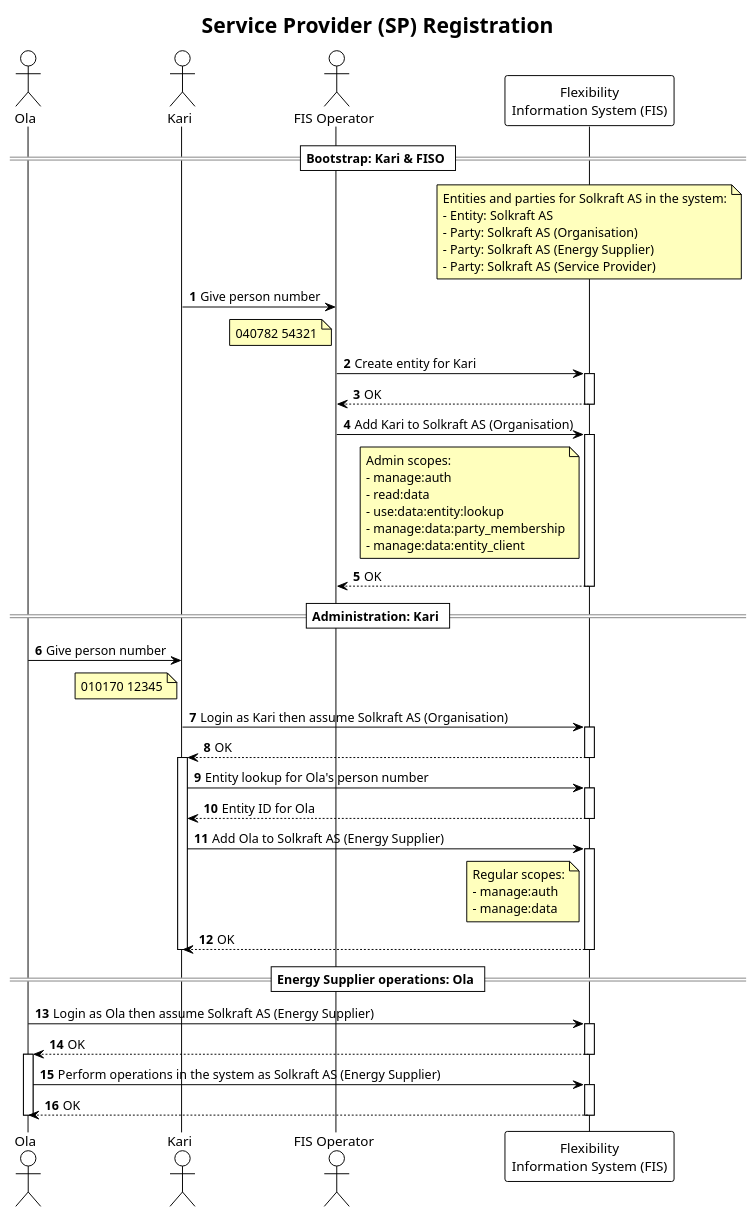
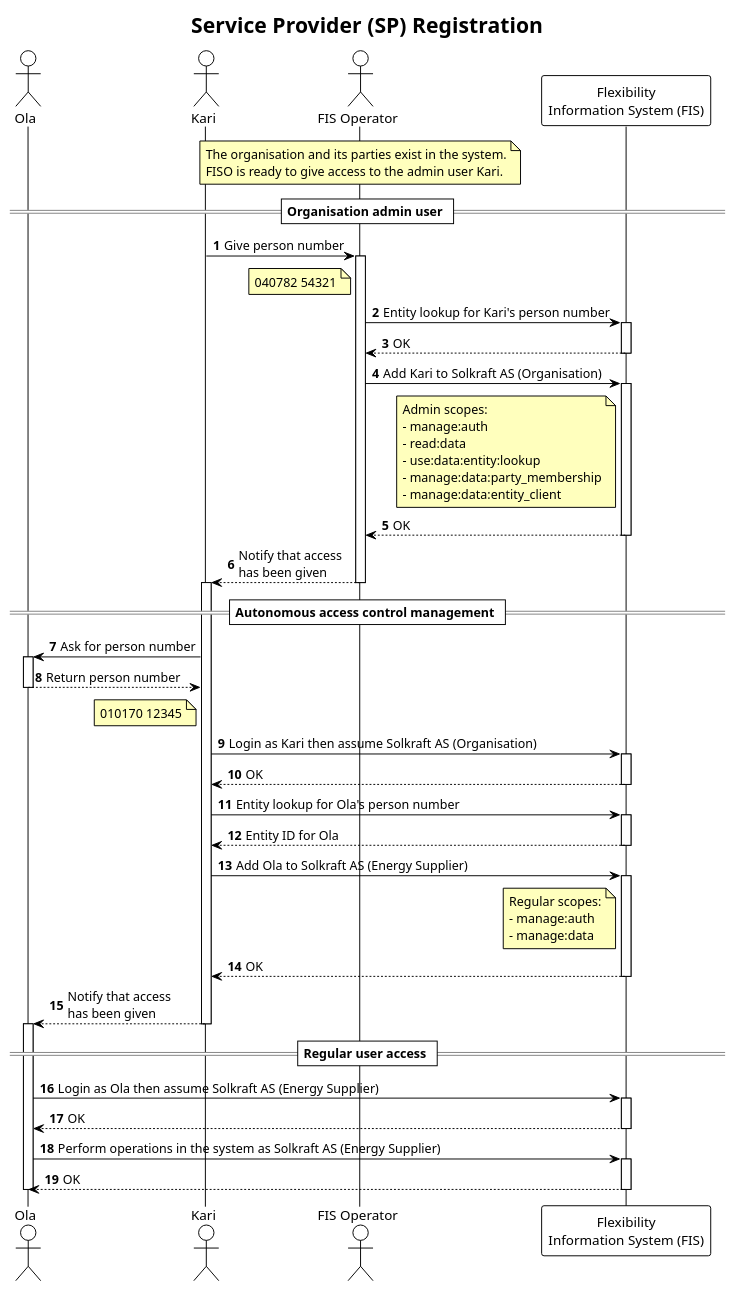
Before and after one commit to elhub/flex-information-system: the diagram in docs/diagrams/org_access_control_management.plantuml, drawn with PlantUML. The commit also changed 4 other files, not shown here.

Commit message:
fix: clean text and diagram (FLEX-637)

```diff
--- a/docs/diagrams/org_access_control_management.plantuml
+++ b/docs/diagrams/org_access_control_management.plantuml
@@ -1,80 +1,85 @@
 @startuml org_access_control_management
 
 !theme plain
 
 title Service Provider (SP) Registration
 
 autonumber
 skinparam note {
     BackgroundColor #FFFFBD
 }
 
 actor "Ola" as Ola
 actor "Kari" as Kari
 actor "FIS Operator" as FISO
 participant "Flexibility\nInformation System (FIS)" as FIS
 
-== Bootstrap: Kari & FISO ==
+note over FISO
+    The organisation and its parties exist in the system.
+    FISO is ready to give access to the admin user Kari.
+end note
 
-note over FIS
-Entities and parties for Solkraft AS in the system:
-- Entity: Solkraft AS
-- Party: Solkraft AS (Organisation)
-- Party: Solkraft AS (Energy Supplier)
-- Party: Solkraft AS (Service Provider)
-end note
+== Organisation admin user ==
+
 Kari -> FISO: Give person number
+activate FISO
 note left of FISO
 040782 54321
 end note
-FISO -> FIS: Create entity for Kari
+FISO -> FIS: Entity lookup for Kari's person number
 activate FIS
 return OK
 FISO -> FIS: Add Kari to Solkraft AS (Organisation)
 activate FIS
 note left of FIS
-Admin scopes:
-- manage:auth
-- read:data
-- use:data:entity:lookup
-- manage:data:party_membership
-- manage:data:entity_client
+    Admin scopes:
+    - manage:auth
+    - read:data
+    - use:data:entity:lookup
+    - manage:data:party_membership
+    - manage:data:entity_client
 end note
 return OK
+FISO --> Kari: Notify that access\nhas been given
+deactivate FISO
+activate Kari
 
-== Administration: Kari ==
+== Autonomous access control management ==
+Kari -> Ola: Ask for person number
+activate Ola
+Ola --> Kari: Return person number
+deactivate Ola
 
-Ola -> Kari: Give person number
 note left of Kari
 010170 12345
 end note
 
 Kari -> FIS: Login as Kari then assume Solkraft AS (Organisation)
 activate FIS
 return OK
-activate Kari
 Kari -> FIS: Entity lookup for Ola's person number
 activate FIS
 return Entity ID for Ola
 Kari -> FIS: Add Ola to Solkraft AS (Energy Supplier)
 note left of FIS
-Regular scopes:
-- manage:auth
-- manage:data
+    Regular scopes:
+    - manage:auth
+    - manage:data
 end note
 activate FIS
 return OK
+Kari --> Ola: Notify that access\nhas been given
 deactivate Kari
+activate Ola
 
-== Energy Supplier operations: Ola ==
+== Regular user access ==
 
 Ola -> FIS: Login as Ola then assume Solkraft AS (Energy Supplier)
 activate FIS
 return OK
-activate Ola
 Ola -> FIS: Perform operations in the system as Solkraft AS (Energy Supplier)
 activate FIS
 return OK
 deactivate Ola
 
 @enduml
```
